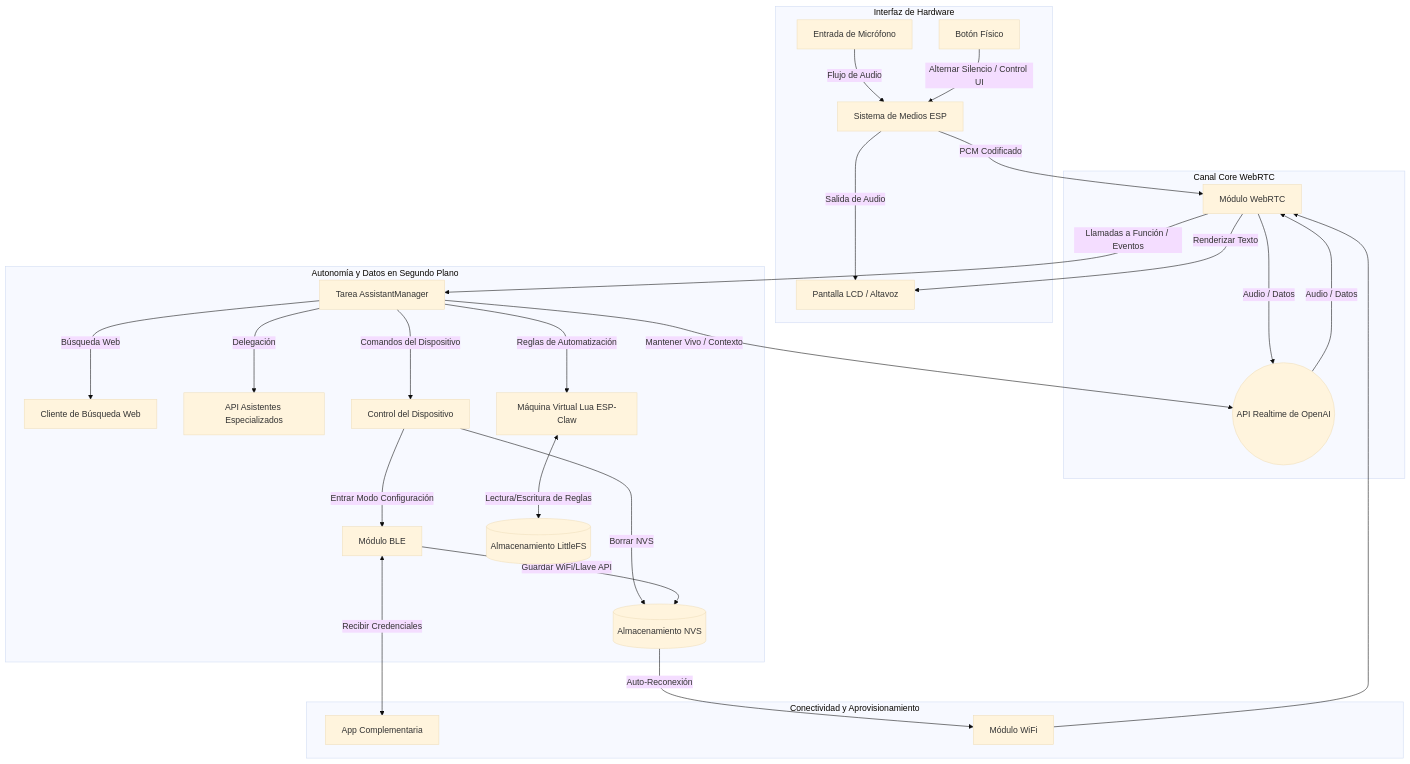
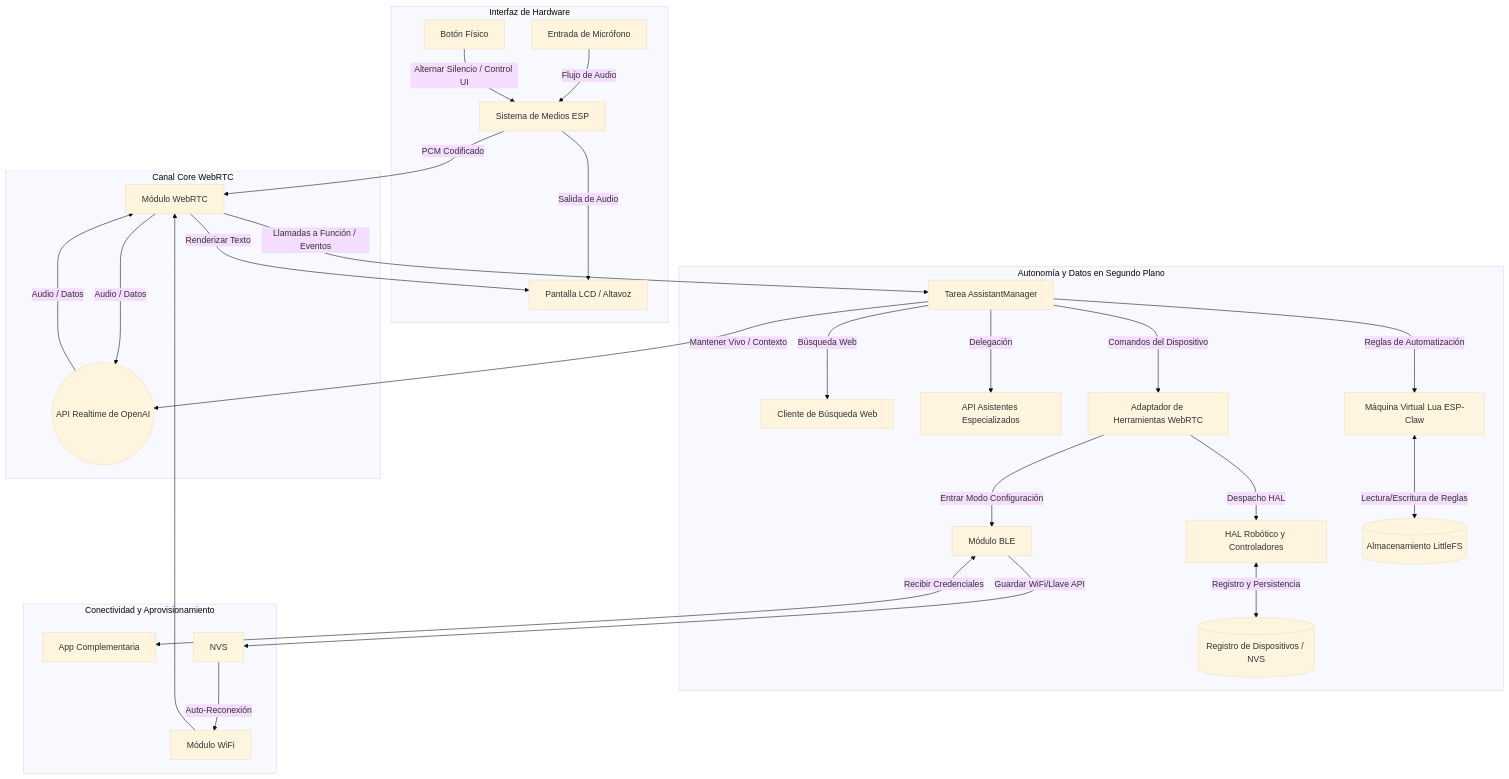
Before and after one commit to lmartinez51/esp32s3-camila: the diagram in README-es.md, drawn with Mermaid (base theme). The commit also changed other lines of this file and 1 other file, not shown here.

Commit message:
docs: sync project layout tree and mermaid architecture with robot HAL architecture

````diff
--- a/README-es.md
+++ b/README-es.md
@@ -46,36 +46,37 @@
 ```mermaid
 flowchart TD
     subgraph Interfaz de Hardware
         A[Entrada de Micrófono] -->|Flujo de Audio| B[Sistema de Medios ESP]
         E[Pantalla LCD / Altavoz]
         F[Botón Físico]
         B -->|Salida de Audio| E
     end
 
     subgraph Canal Core WebRTC
         B -->|PCM Codificado| C[Módulo WebRTC]
         C -->|Audio / Datos| D((API Realtime de OpenAI))
         D -->|Audio / Datos| C
         C -->|Renderizar Texto| E
         F -->|Alternar Silencio / Control UI| B
     end
 
     subgraph Autonomía y Datos en Segundo Plano
         C -->|Llamadas a Función / Eventos| G[Tarea AssistantManager]
         G -->|Mantener Vivo / Contexto| D
         G -->|Búsqueda Web| WS[Cliente de Búsqueda Web]
         G -->|Delegación| SA[API Asistentes Especializados]
-        G -->|Comandos del Dispositivo| HC[Control del Dispositivo]
-        HC -->|Borrar NVS| NVS[(Almacenamiento NVS)]
-        HC -->|Entrar Modo Configuración| BLE[Módulo BLE]
+        G -->|Comandos del Dispositivo| TA[Adaptador de Herramientas WebRTC]
+        TA -->|Despacho HAL| HAL[HAL Robótico y Controladores]
+        HAL <-->|Registro y Persistencia| REG[(Registro de Dispositivos / NVS)]
+        TA -->|Entrar Modo Configuración| BLE[Módulo BLE]
         G -->|Reglas de Automatización| LUA[Máquina Virtual Lua ESP-Claw]
         LUA <-->|Lectura/Escritura de Reglas| LFS[(Almacenamiento LittleFS)]
-            end
+    end
 
     subgraph Conectividad y Aprovisionamiento
         BLE <-->|Recibir Credenciales| App[App Complementaria]
         BLE -->|Guardar WiFi/Llave API| NVS
         NVS -->|Auto-Reconexión| WiFi[Módulo WiFi]
         WiFi --> C
     end
 ```
````
